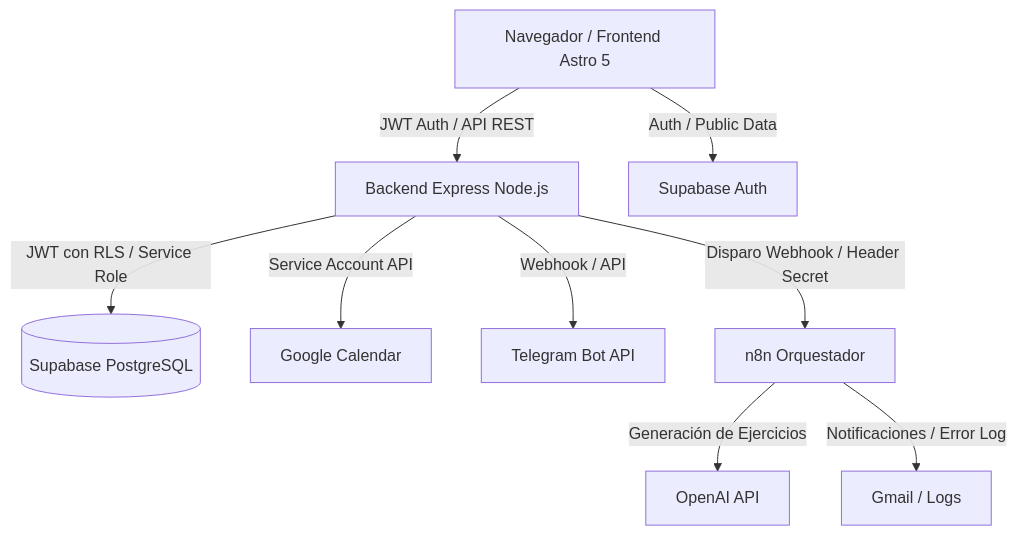
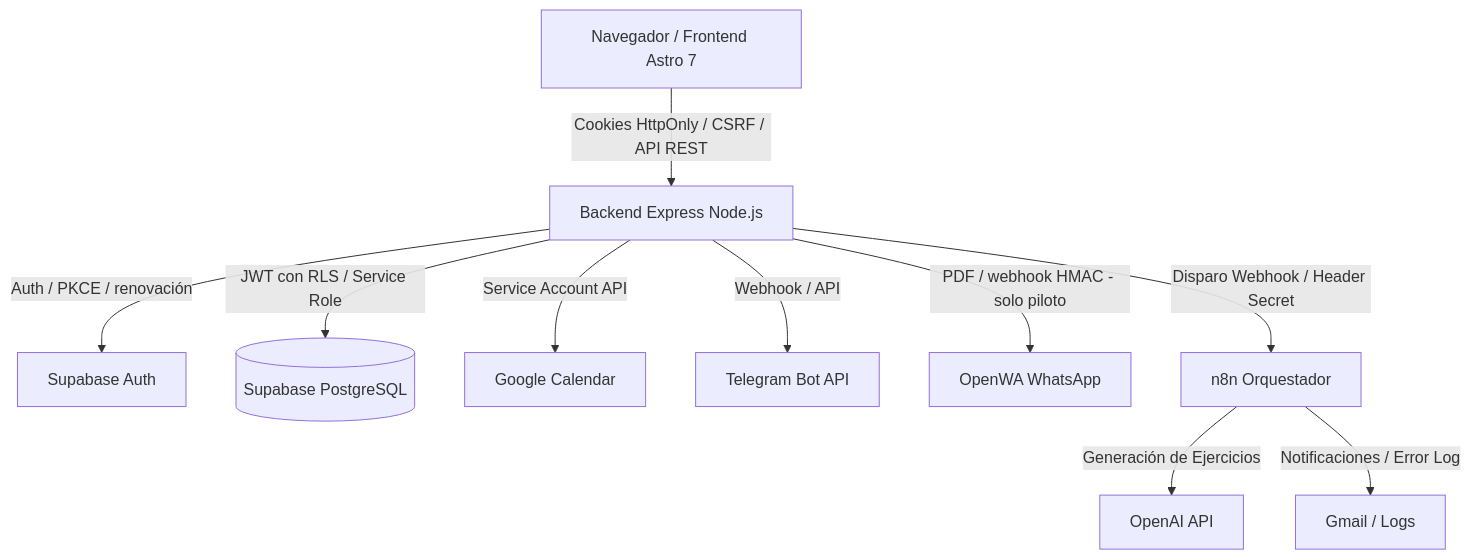
The first of 2 diagrams in docs/ARCHITECTURE.md (raulruizproyectos/Fisio_IA_Agent), drawn with Mermaid before and after one commit. The commit also changed other lines of this file and 226 other files, not shown here.

````diff
--- a/docs/ARCHITECTURE.md
+++ b/docs/ARCHITECTURE.md
@@ -5,11 +7,12 @@
 ```mermaid
 graph TD
-    Client[Navegador / Frontend Astro 5] -->|JWT Auth / API REST| Backend[Backend Express Node.js]
-    Client -->|Auth / Public Data| SupabaseAuth[Supabase Auth]
+    Client[Navegador / Frontend Astro 7] -->|Cookies HttpOnly / CSRF / API REST| Backend[Backend Express Node.js]
+    Backend -->|Auth / PKCE / renovación| SupabaseAuth[Supabase Auth]
     Backend -->|JWT con RLS / Service Role| Postgres[(Supabase PostgreSQL)]
     Backend -->|Service Account API| GCal[Google Calendar]
     Backend -->|Webhook / API| Telegram[Telegram Bot API]
+    Backend -->|PDF / webhook HMAC - solo piloto| OpenWA[OpenWA WhatsApp]
     Backend -->|Disparo Webhook / Header Secret| N8N[n8n Orquestador]
     N8N -->|Generación de Ejercicios| OpenAI[OpenAI API]
     N8N -->|Notificaciones / Error Log| InternalAlerts[Gmail / Logs]
 ```
````
